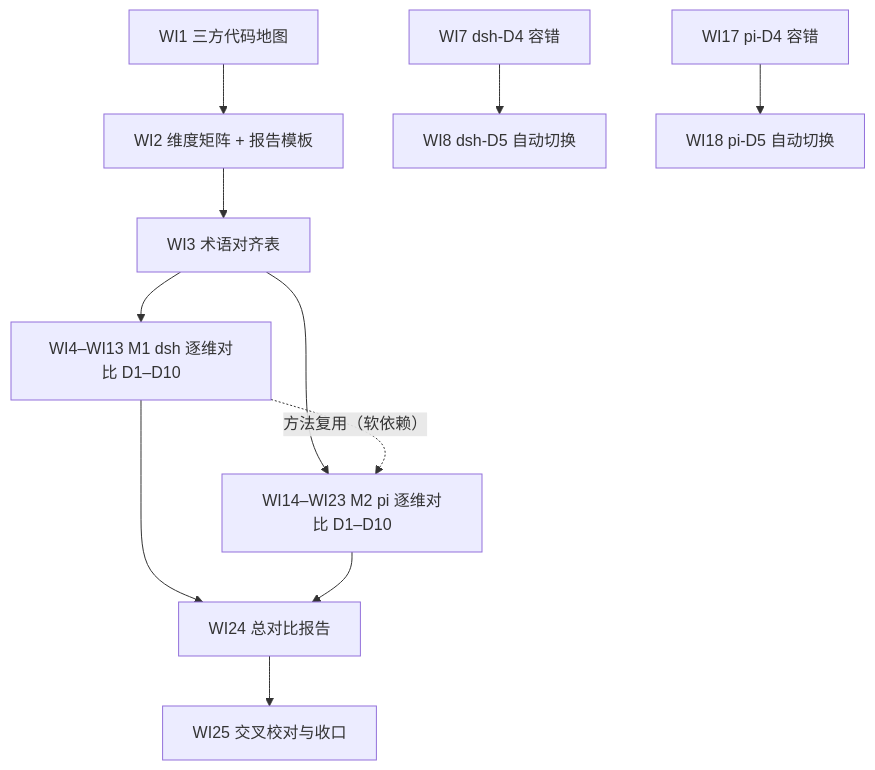
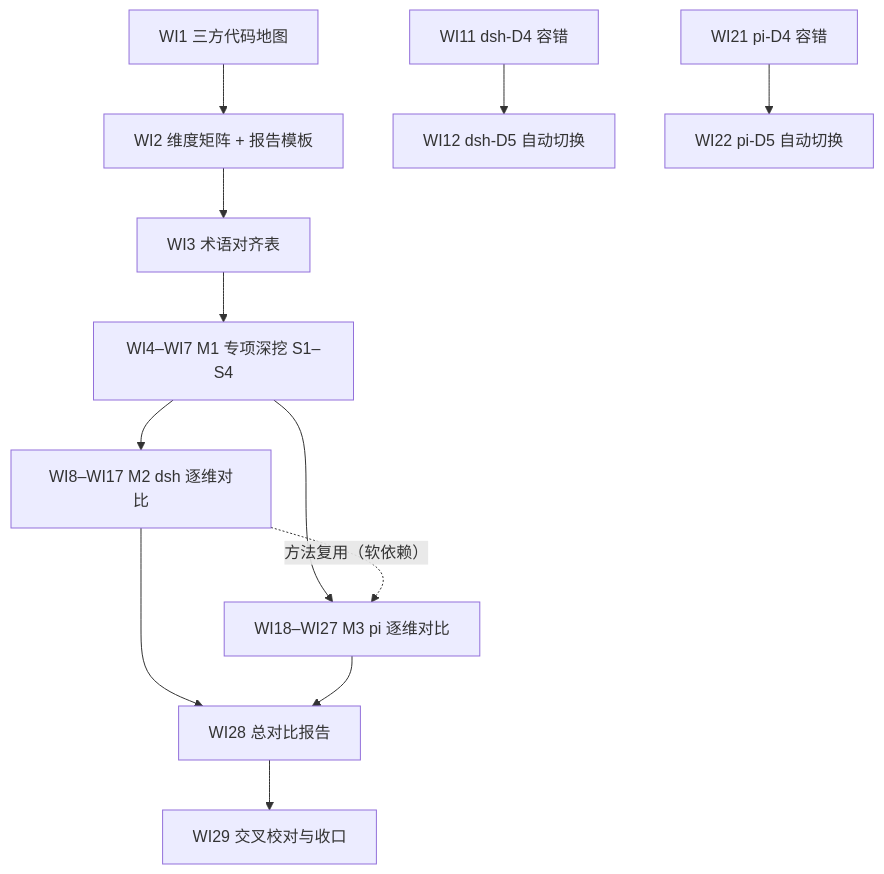
Before and after one commit to entropy-cloud/nop-entropy: the diagram in ai-dev/backlog/nop-ai-agent-design-comparison-roadmap.md, drawn with Mermaid. The commit also changed other lines of this file and 1 other file, not shown here.

Commit message:
docs(ai-dev): add specialized deep-dive milestone (loop flow, extension capability/ordering/composition) to comparison roadmap

````diff
--- a/ai-dev/backlog/nop-ai-agent-design-comparison-roadmap.md
+++ b/ai-dev/backlog/nop-ai-agent-design-comparison-roadmap.md
@@ -101,13 +115,14 @@
 ```mermaid
 graph TD
     WI1["WI1 三方代码地图"] --> WI2["WI2 维度矩阵 + 报告模板"]
     WI2 --> WI3["WI3 术语对齐表"]
-    WI3 --> M1["WI4–WI13 M1 dsh 逐维对比 D1–D10"]
-    WI3 --> M2["WI14–WI23 M2 pi 逐维对比 D1–D10"]
-    M1 -.方法复用（软依赖）.-> M2
-    WI7["WI7 dsh-D4 容错"] --> WI8["WI8 dsh-D5 自动切换"]
-    WI17["WI17 pi-D4 容错"] --> WI18["WI18 pi-D5 自动切换"]
-    M1 --> WI24["WI24 总对比报告"]
-    M2 --> WI24
-    WI24 --> WI25["WI25 交叉校对与收口"]
+    WI3 --> S["WI4–WI7 M1 专项深挖 S1–S4"]
+    S --> M2["WI8–WI17 M2 dsh 逐维对比"]
+    S --> M3["WI18–WI27 M3 pi 逐维对比"]
+    M2 -.方法复用（软依赖）.-> M3
+    WI11["WI11 dsh-D4 容错"] --> WI12["WI12 dsh-D5 自动切换"]
+    WI21["WI21 pi-D4 容错"] --> WI22["WI22 pi-D5 自动切换"]
+    M2 --> WI28["WI28 总对比报告"]
+    M3 --> WI28
+    WI28 --> WI29["WI29 交叉校对与收口"]
 ```
````
